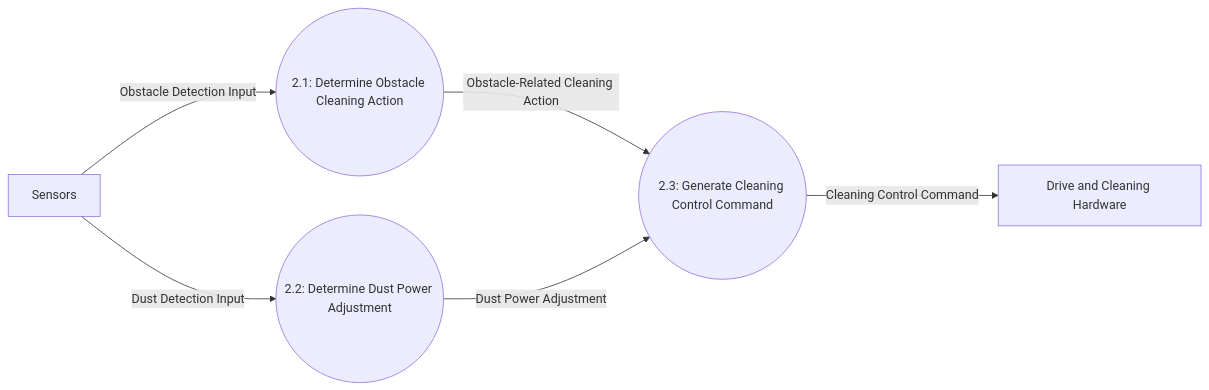
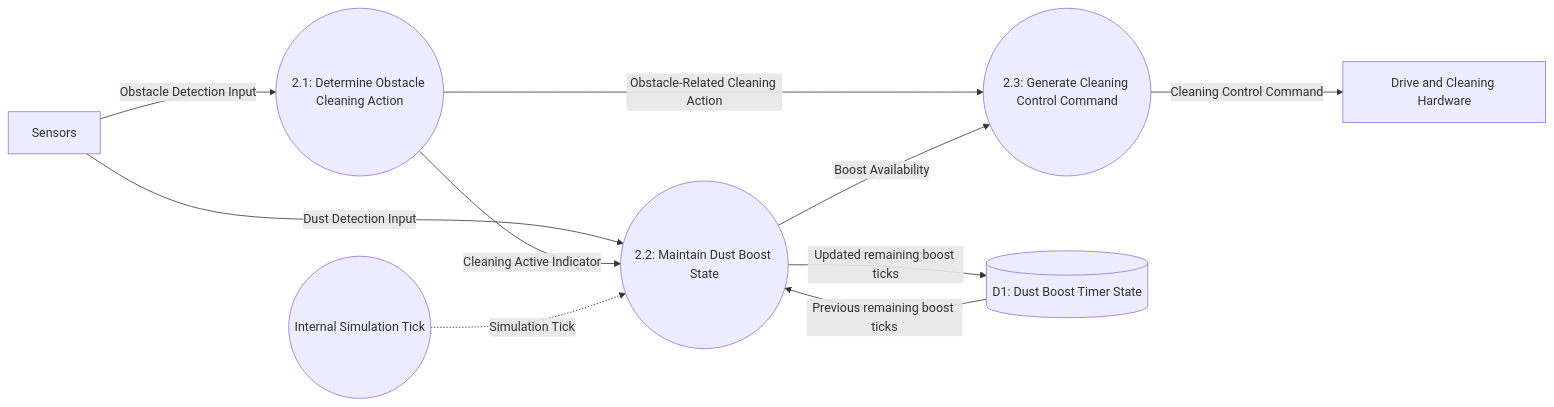
One commit to KONKUK-SWE-2026/RVC-SASD-AI changed the second of 2 diagrams in artifacts/SA/DFD/dfd_level_2.md. Above: the diagram before and after it, drawn with Mermaid. The commit also changed other lines of this file and 58 other files, not shown here.

````diff
--- a/artifacts/SA/DFD/dfd_level_2.md
+++ b/artifacts/SA/DFD/dfd_level_2.md
@@ -33,14 +33,20 @@
 ```mermaid
 flowchart LR
     Sensors["Sensors"]
+    Clock(("Internal Simulation Tick"))
     P21(("2.1: Determine Obstacle Cleaning Action"))
-    P22(("2.2: Determine Dust Power Adjustment"))
+    P22(("2.2: Maintain Dust Boost State"))
     P23(("2.3: Generate Cleaning Control Command"))
+    D1[("D1: Dust Boost Timer State")]
     Hardware["Drive and Cleaning Hardware"]
 
     Sensors -->|Obstacle Detection Input| P21
     Sensors -->|Dust Detection Input| P22
+    P21 -->|Cleaning Active Indicator| P22
+    Clock -.->|Simulation Tick| P22
+    D1 -->|Previous remaining boost ticks| P22
+    P22 -->|Updated remaining boost ticks| D1
     P21 -->|Obstacle-Related Cleaning Action| P23
-    P22 -->|Dust Power Adjustment| P23
+    P22 -->|Boost Availability| P23
     P23 -->|Cleaning Control Command| Hardware
 ```
````
